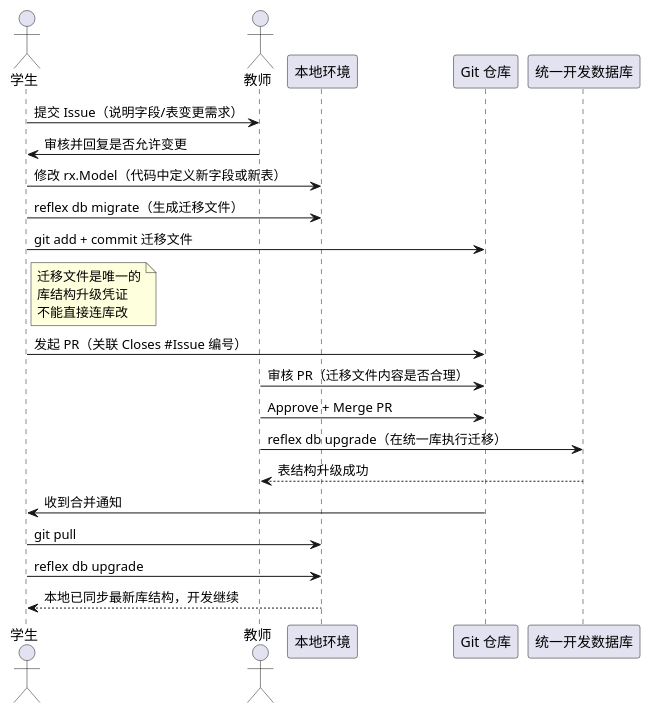
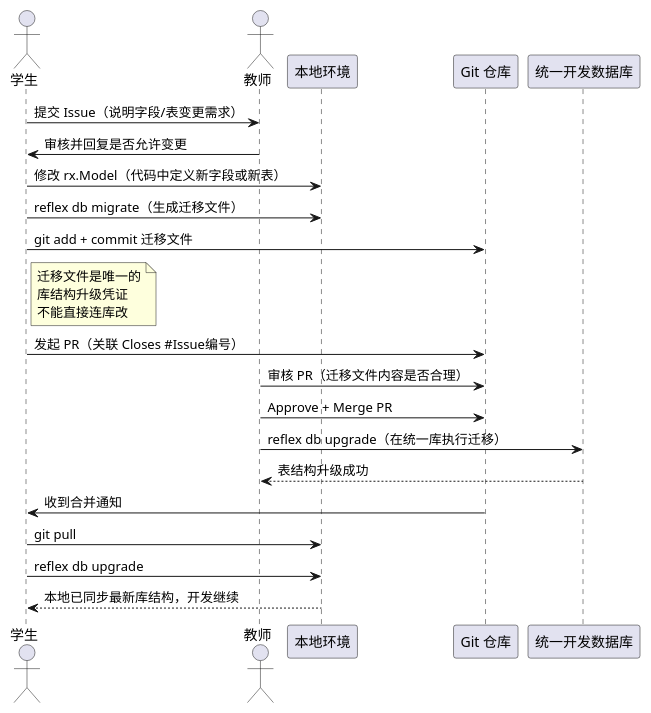
One commit to Inkyo-007/OA-EPP changed the third of 5 diagrams in docs/第10章_软件产品介绍.md. Above: the diagram before and after it, drawn with PlantUML. The commit also changed other lines of this file and 168 other files, not shown here.

````diff
--- a/docs/第10章_软件产品介绍.md
+++ b/docs/第10章_软件产品介绍.md
@@ -1388,35 +1275,35 @@
 ```plantuml
 @startuml
 actor 学生 as student
 actor 教师 as teacher
 participant "本地环境" as local
 participant "Git 仓库" as git
 participant "统一开发数据库" as db
 
 student -> teacher : 提交 Issue（说明字段/表变更需求）
 teacher -> student : 审核并回复是否允许变更
 
 student -> local : 修改 rx.Model（代码中定义新字段或新表）
 student -> local : reflex db migrate（生成迁移文件）
 student -> git   : git add + commit 迁移文件
 
 note right of student
   迁移文件是唯一的
   库结构升级凭证
   不能直接连库改
 end note
 
-student -> git   : 发起 PR（关联 Closes #Issue 编号）
+student -> git   : 发起 PR（关联 Closes #Issue编号）
 teacher -> git   : 审核 PR（迁移文件内容是否合理）
 teacher -> git   : Approve + Merge PR
 
 teacher -> db    : reflex db upgrade（在统一库执行迁移）
 db --> teacher   : 表结构升级成功
 
 git -> student   : 收到合并通知
 student -> local : git pull
 student -> local : reflex db upgrade
 local --> student : 本地已同步最新库结构，开发继续
 
 @enduml
 ```
````
